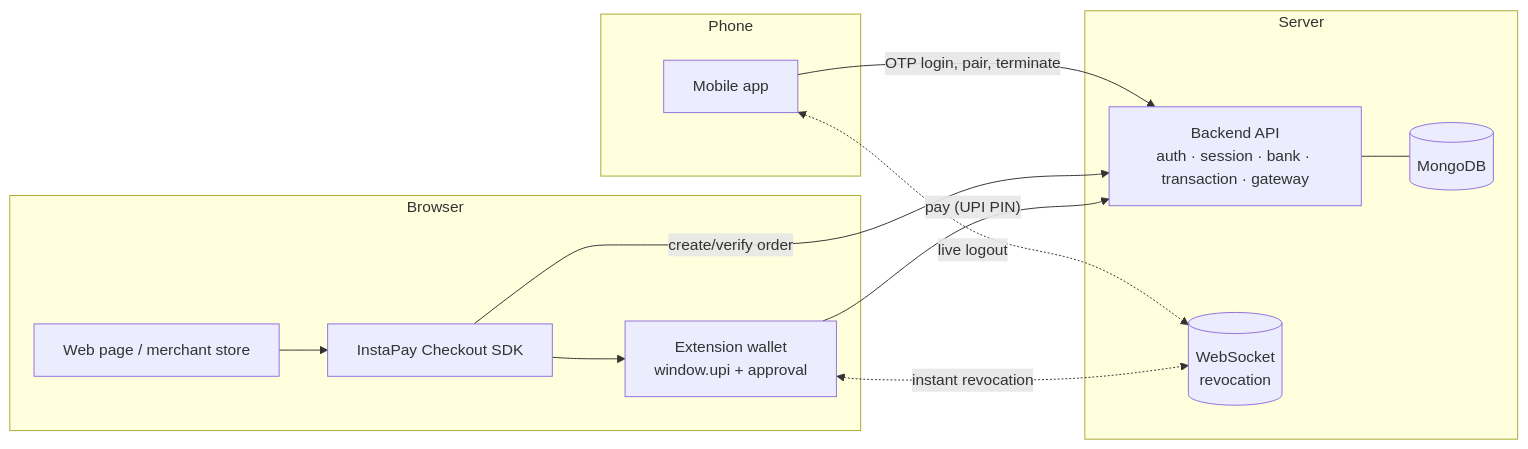
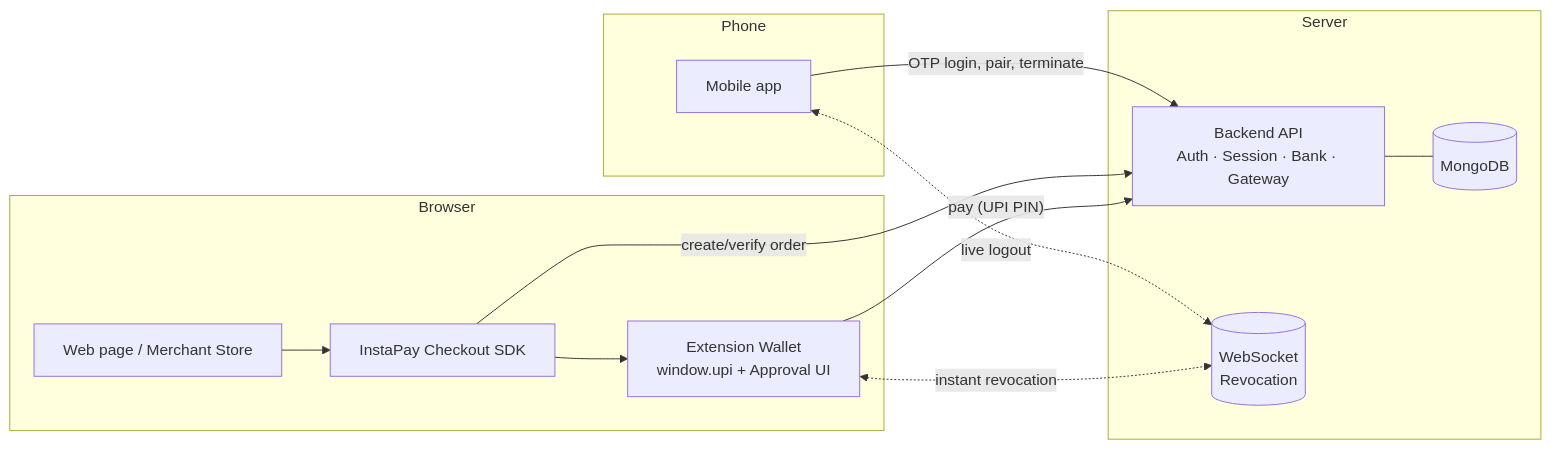
One commit to DevanshBehl/Ipay changed the first of 4 diagrams in README.md. Above: the diagram before and after it, drawn with Mermaid. The commit also changed other lines of this file, not shown here.

````diff
--- a/README.md
+++ b/README.md
@@ -48,24 +49,24 @@
 ```mermaid
 flowchart LR
   subgraph Phone
     M[Mobile app]
   end
   subgraph Browser
-    P[Web page / merchant store]
+    P[Web page / Merchant Store]
     SDK[InstaPay Checkout SDK]
-    EXT[Extension wallet<br/>window.upi + approval]
+    EXT[Extension Wallet<br/>window.upi + Approval UI]
   end
   subgraph Server
-    API[Backend API<br/>auth · session · bank · transaction · gateway]
-    WS[(WebSocket<br/>revocation)]
+    API[Backend API<br/>Auth · Session · Bank · Gateway]
+    WS[(WebSocket<br/>Revocation)]
     DB[(MongoDB)]
   end
 
   M -- OTP login, pair, terminate --> API
   M <-. live logout .-> WS
   P --> SDK --> EXT
   SDK -- create/verify order --> API
   EXT -- pay (UPI PIN) --> API
   EXT <-. instant revocation .-> WS
   API --- DB
 ```
````
